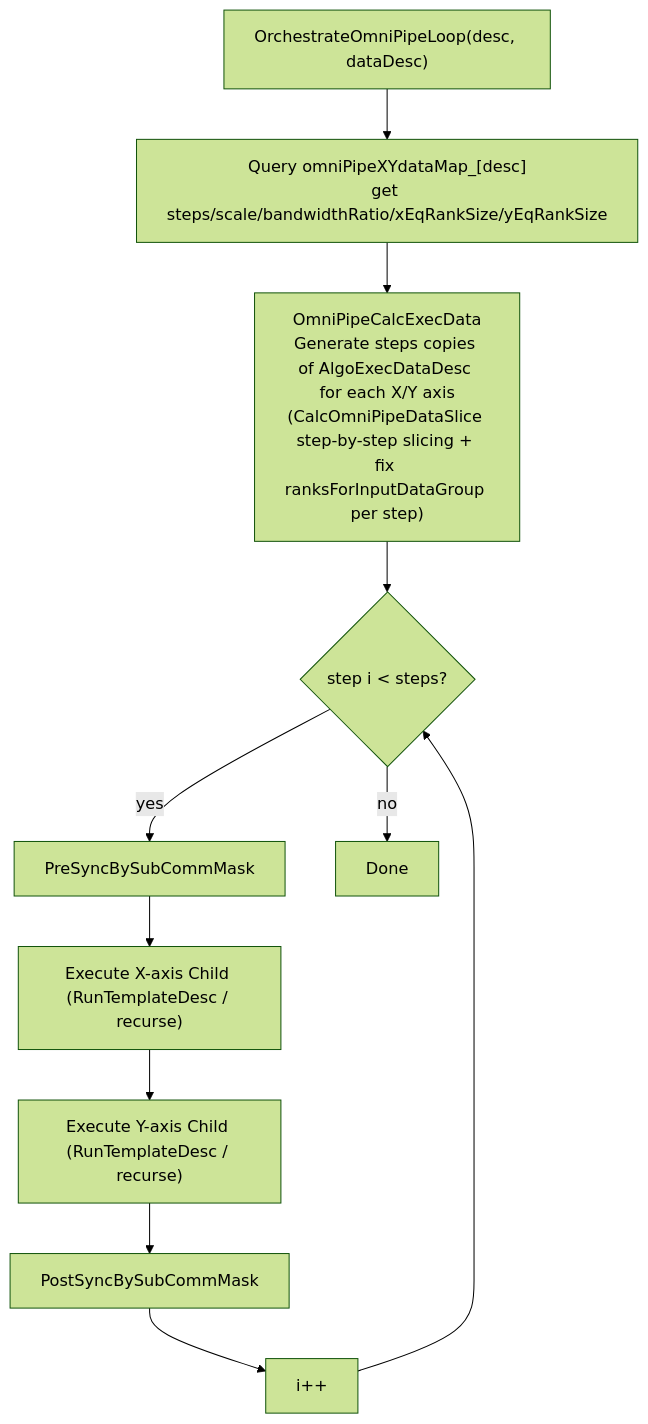
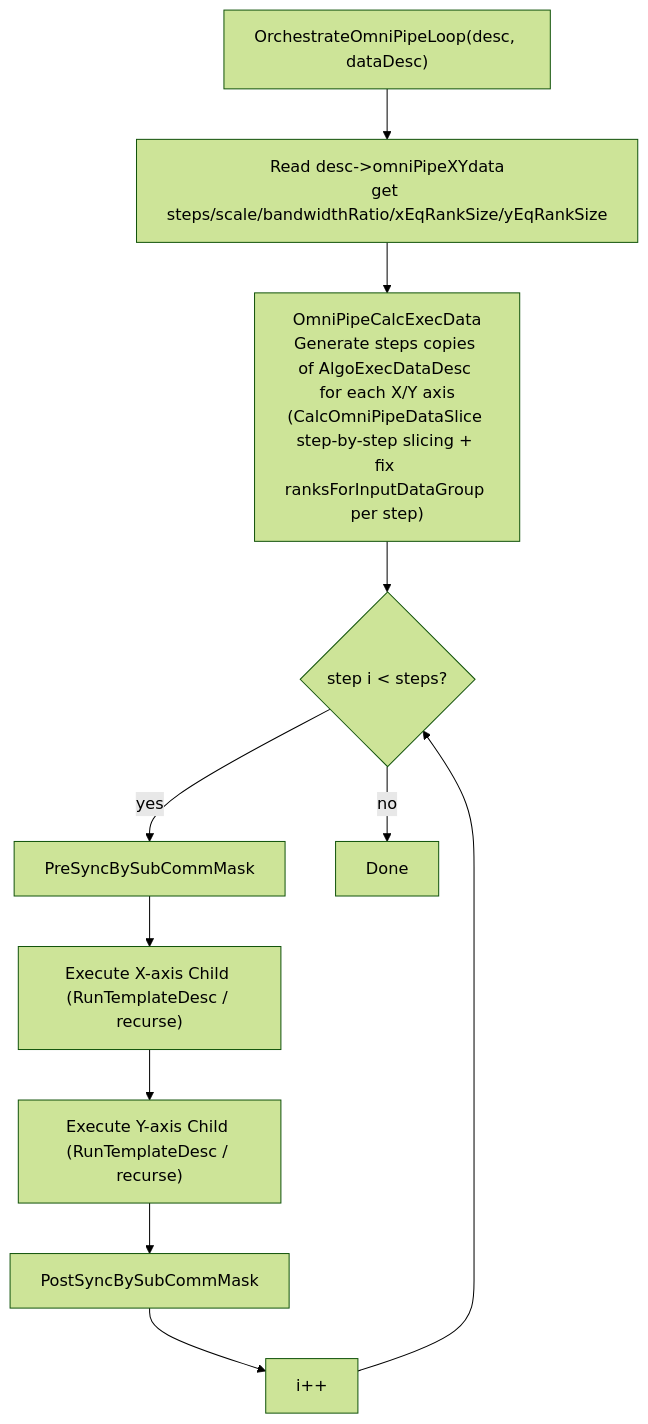
The sixth of 10 diagrams in docs/en/rfcs/0003-executor-template-refactor.md (Fengfengst123/hccl-mirror), drawn with Mermaid (forest theme) before and after one commit. The commit also changed other lines of this file and 14 other files, not shown here.

````diff
--- a/docs/en/rfcs/0003-executor-template-refactor.md
+++ b/docs/en/rfcs/0003-executor-template-refactor.md
@@ -718,16 +718,16 @@
 ```mermaid
 flowchart TB
     Start["OrchestrateOmniPipeLoop(desc, dataDesc)"]
-    Get["Query omniPipeXYdataMap_[desc]<br/>get steps/scale/bandwidthRatio/xEqRankSize/yEqRankSize"]
+    Get["Read desc->omniPipeXYdata<br/>get steps/scale/bandwidthRatio/xEqRankSize/yEqRankSize"]
     Slice["OmniPipeCalcExecData<br/>Generate steps copies of AlgoExecDataDesc for each X/Y axis<br/>(CalcOmniPipeDataSlice step-by-step slicing + fix ranksForInputDataGroup per step)"]
     Loop{"step i < steps?"}
     Pre["PreSyncBySubCommMask"]
     RunX["Execute X-axis Child (RunTemplateDesc / recurse)"]
     RunY["Execute Y-axis Child (RunTemplateDesc / recurse)"]
     Post["PostSyncBySubCommMask"]
     Next["i++"]
     Done["Done"]
     Start --> Get --> Slice --> Loop
     Loop -->|"yes"| Pre --> RunX --> RunY --> Post --> Next --> Loop
     Loop -->|"no"| Done
 ```
````
